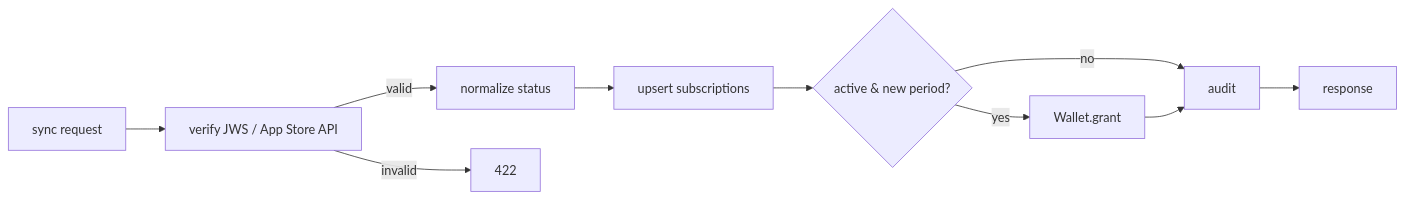
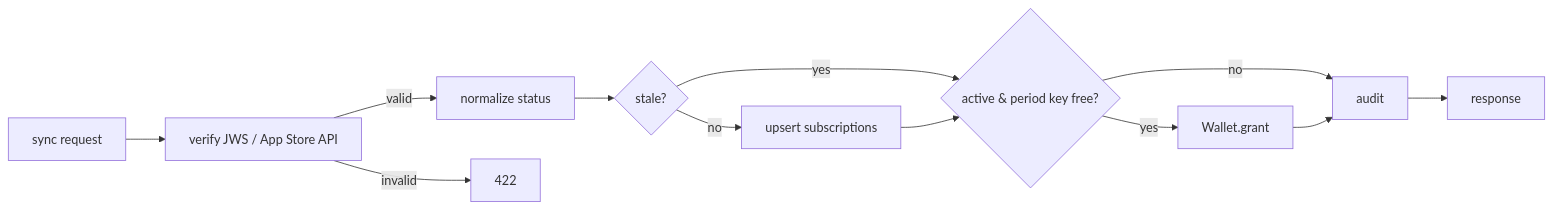
Before and after one commit to eliseiv/claude-ios: the diagram in docs/modules/subscription/03-architecture.md, drawn with Mermaid. The commit also changed other lines of this file and 45 other files, not shown here.

````diff
--- a/docs/modules/subscription/03-architecture.md
+++ b/docs/modules/subscription/03-architecture.md
@@ -16,12 +17,14 @@
 ```mermaid
 flowchart LR
     R[sync request] --> V[verify JWS / App Store API]
     V -->|valid| N[normalize status]
     V -->|invalid| E[422]
-    N --> U[upsert subscriptions]
-    U --> G{active & new period?}
+    N --> S{stale?}
+    S -->|no| U[upsert subscriptions]
+    S -->|yes| G
+    U --> G{active & period key free?}
     G -->|yes| GR[Wallet.grant]
     G -->|no| A[audit]
     GR --> A
     A --> RESP[response]
 ```
````
